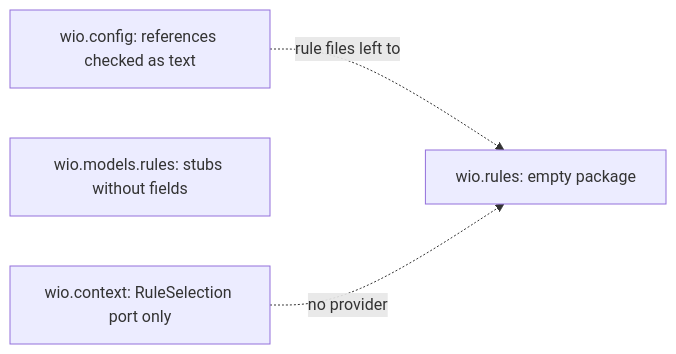
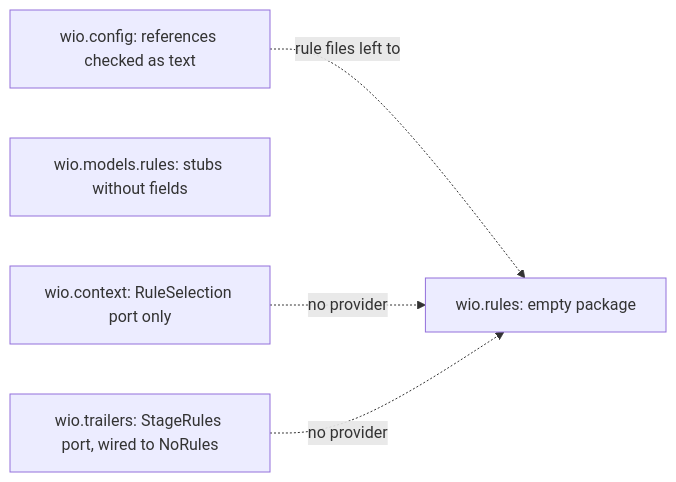
One commit to msitarz/wio changed the first of 2 diagrams in .agents/wio/works/wio-rules/README.md. Above: the diagram before and after it, drawn with Mermaid. The commit also changed other lines of this file, not shown here.

First line of the commit message:
docs(rules): cover StageRules, faults and the order of rules in the wio rules Work

````diff
--- a/.agents/wio/works/wio-rules/README.md
+++ b/.agents/wio/works/wio-rules/README.md
@@ -181,9 +220,11 @@
 ```mermaid
 flowchart LR
     cfg["wio.config: references checked as text"]
     rules["wio.rules: empty package"]
     models["wio.models.rules: stubs without fields"]
     ctx["wio.context: RuleSelection port only"]
+    trl["wio.trailers: StageRules port, wired to NoRules"]
     cfg -. "rule files left to" .-> rules
     ctx -. "no provider" .-> rules
+    trl -. "no provider" .-> rules
 ```
````
